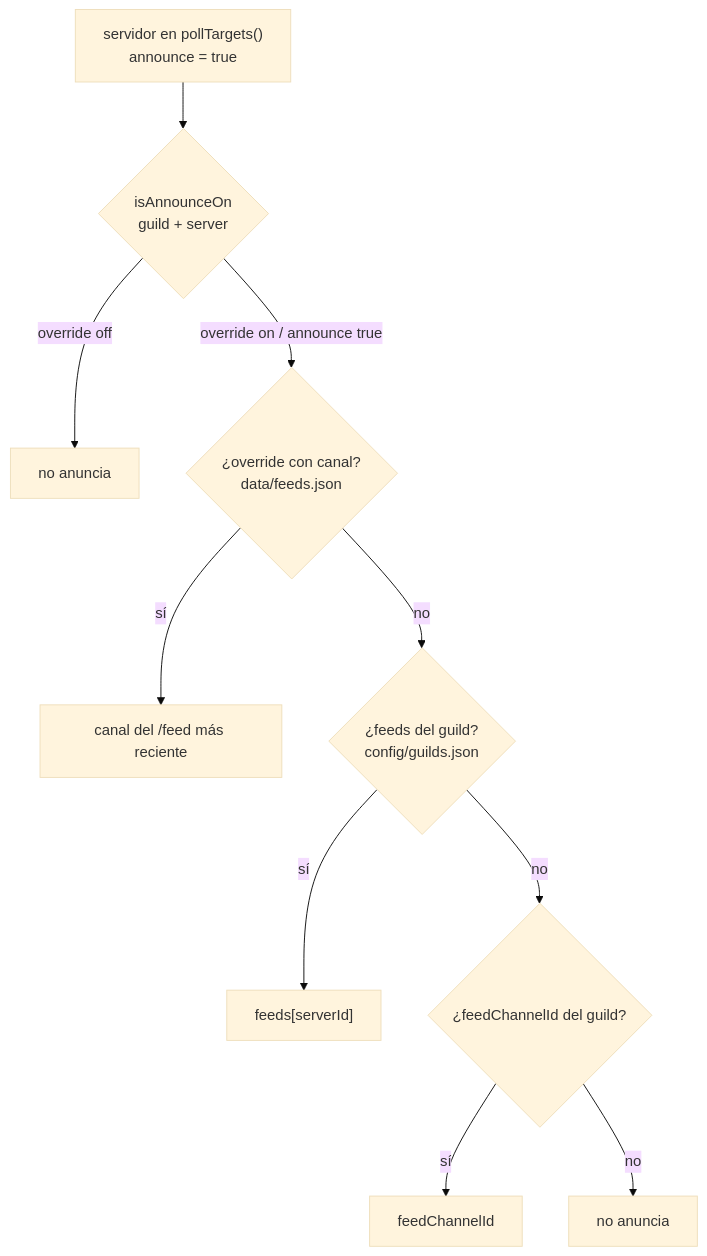
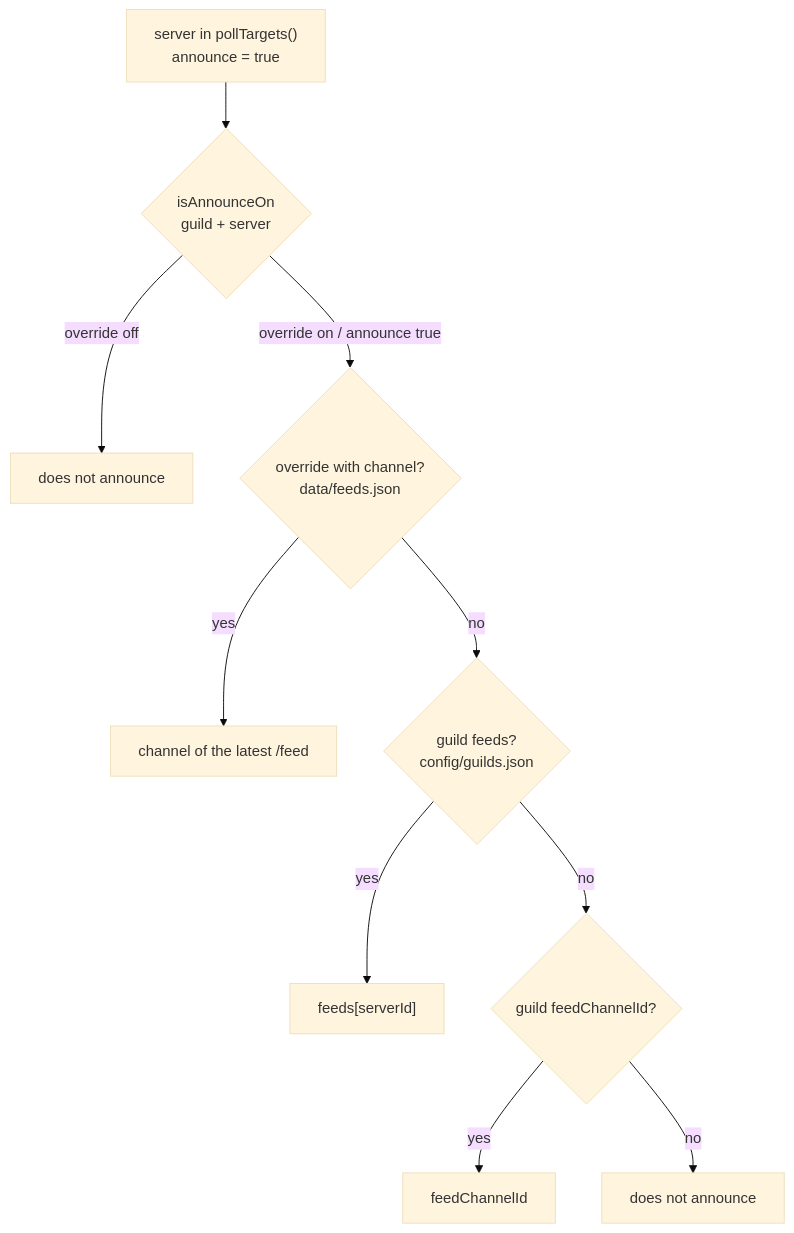
The diagram in docs/configuration.md (neyzerth/gameap-discord), drawn with Mermaid (base theme) before and after one commit. The commit also changed other lines of this file and 37 other files, not shown here.

````diff
--- a/docs/configuration.md
+++ b/docs/configuration.md
@@ -98,12 +102,12 @@
 ```mermaid
 flowchart TD
-  A["servidor en pollTargets()<br/>announce = true"] --> B{"isAnnounceOn<br/>guild + server"}
-  B -- "override off" --> NO["no anuncia"]
-  B -- "override on / announce true" --> C{"¿override con canal?<br/>data/feeds.json"}
-  C -- sí --> CH1["canal del /feed más reciente"]
-  C -- no --> D{"¿feeds del guild?<br/>config/guilds.json"}
-  D -- sí --> CH2["feeds[serverId]"]
-  D -- no --> E{"¿feedChannelId del guild?"}
-  E -- sí --> CH3["feedChannelId"]
-  E -- no --> NO2["no anuncia"]
+  A["server in pollTargets()<br/>announce = true"] --> B{"isAnnounceOn<br/>guild + server"}
+  B -- "override off" --> NO["does not announce"]
+  B -- "override on / announce true" --> C{"override with channel?<br/>data/feeds.json"}
+  C -- yes --> CH1["channel of the latest /feed"]
+  C -- no --> D{"guild feeds?<br/>config/guilds.json"}
+  D -- yes --> CH2["feeds[serverId]"]
+  D -- no --> E{"guild feedChannelId?"}
+  E -- yes --> CH3["feedChannelId"]
+  E -- no --> NO2["does not announce"]
 ```
````
